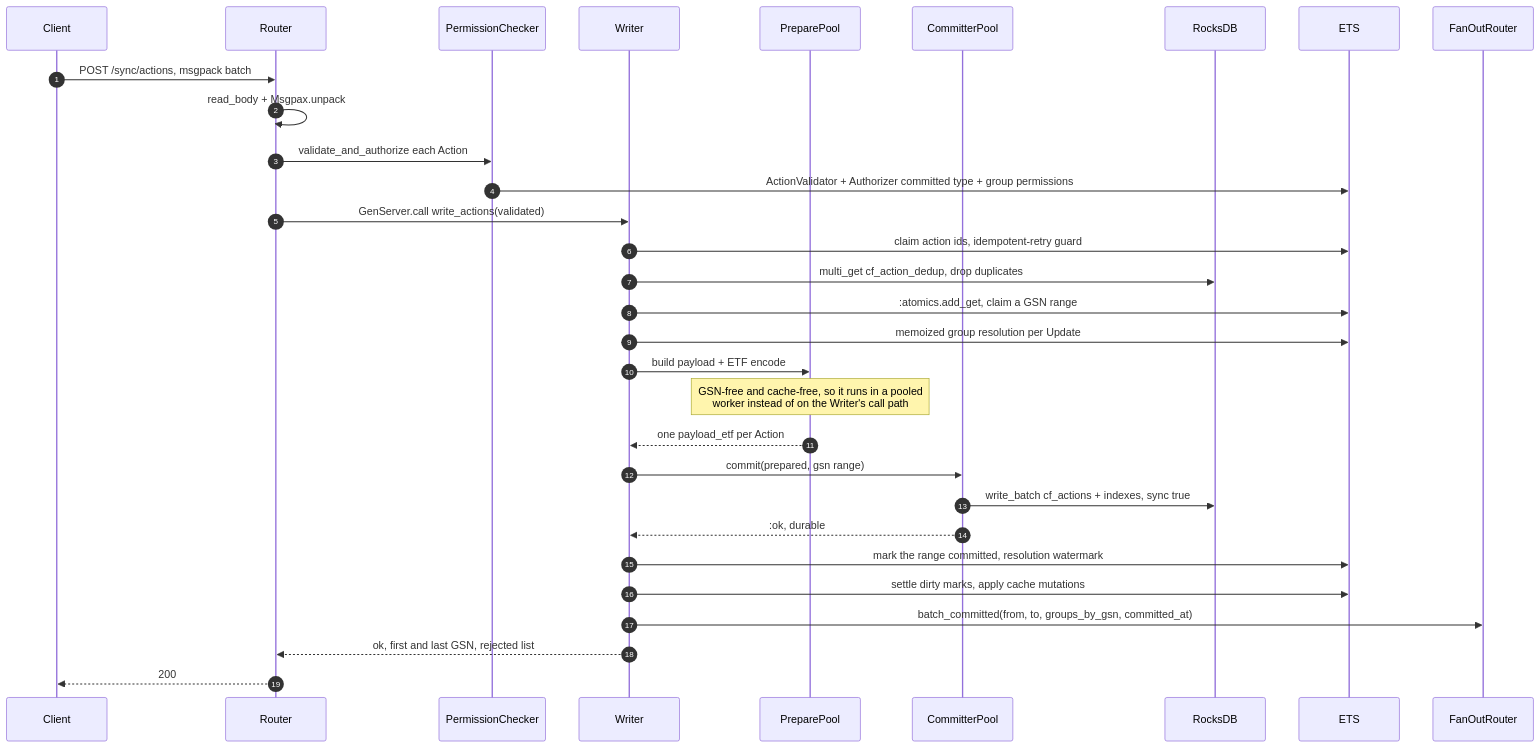
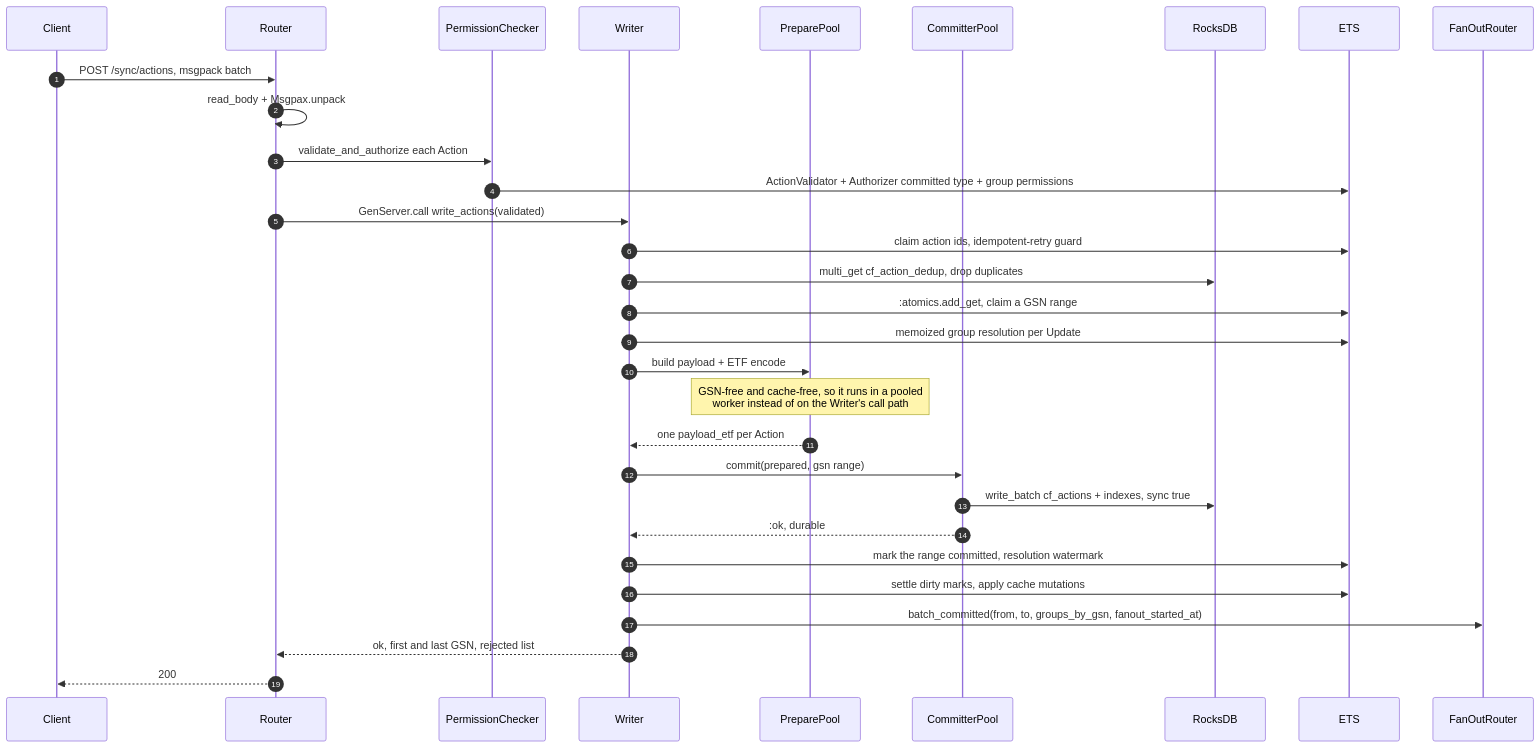
The second of 6 diagrams in ebb_server/README.md (ebbjs/ebbjs), drawn with Mermaid before and after one commit. The commit also changed other lines of this file and 1 other file, not shown here.

````diff
--- a/ebb_server/README.md
+++ b/ebb_server/README.md
@@ -310,36 +310,36 @@
 ```mermaid
 sequenceDiagram
   autonumber
   participant C as Client
   participant R as Router
   participant P as PermissionChecker
   participant W as Writer
   participant PP as PreparePool
   participant CP as CommitterPool
   participant DB as RocksDB
   participant E as ETS
   participant F as FanOutRouter
 
   C->>R: POST /sync/actions, msgpack batch
   R->>R: read_body + Msgpax.unpack
   R->>P: validate_and_authorize each Action
   P->>E: ActionValidator + Authorizer committed type + group permissions
   R->>W: GenServer.call write_actions(validated)
 
   W->>E: claim action ids, idempotent-retry guard
   W->>DB: multi_get cf_action_dedup, drop duplicates
   W->>E: :atomics.add_get, claim a GSN range
   W->>E: memoized group resolution per Update
   W->>PP: build payload + ETF encode
   Note over PP: GSN-free and cache-free, so it runs in a pooled<br/>worker instead of on the Writer's call path
   PP-->>W: one payload_etf per Action
   W->>CP: commit(prepared, gsn range)
   CP->>DB: write_batch cf_actions + indexes, sync true
   CP-->>W: :ok, durable
 
   W->>E: mark the range committed, resolution watermark
   W->>E: settle dirty marks, apply cache mutations
-  W->>F: batch_committed(from, to, groups_by_gsn, committed_at)
+  W->>F: batch_committed(from, to, groups_by_gsn, fanout_started_at)
   W-->>R: ok, first and last GSN, rejected list
   R-->>C: 200
 ```
````
